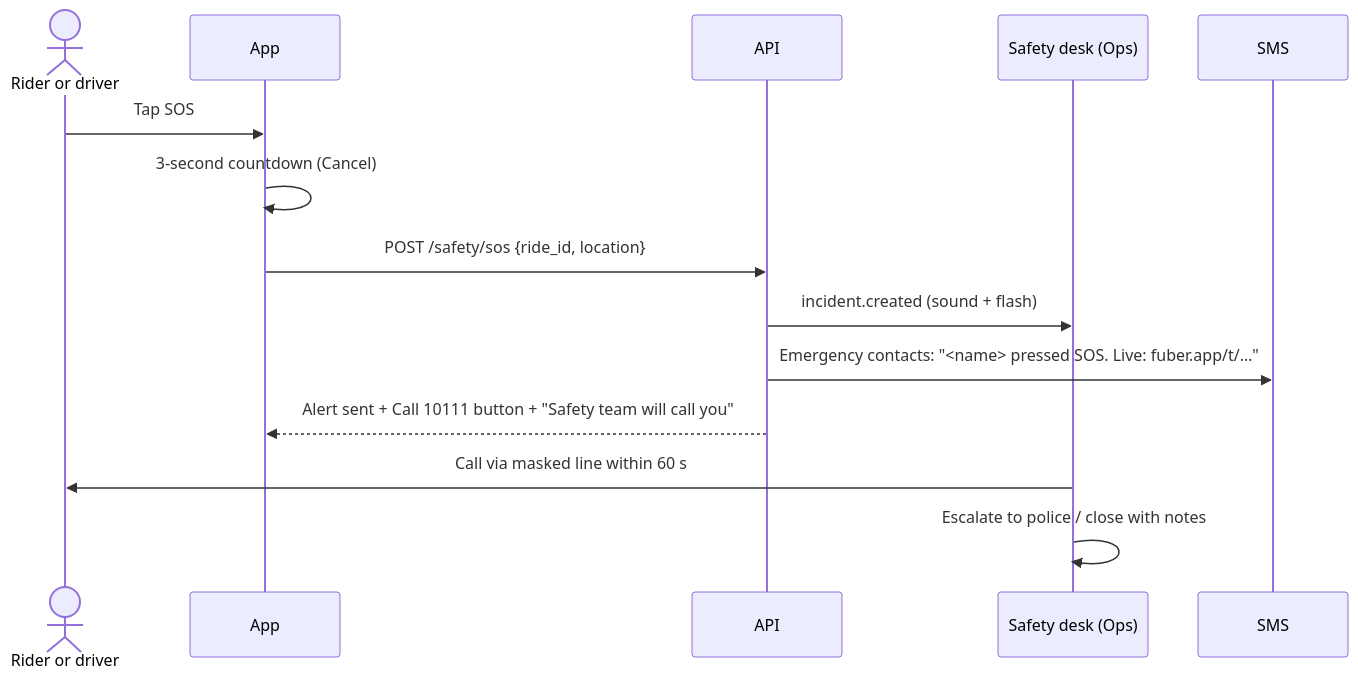
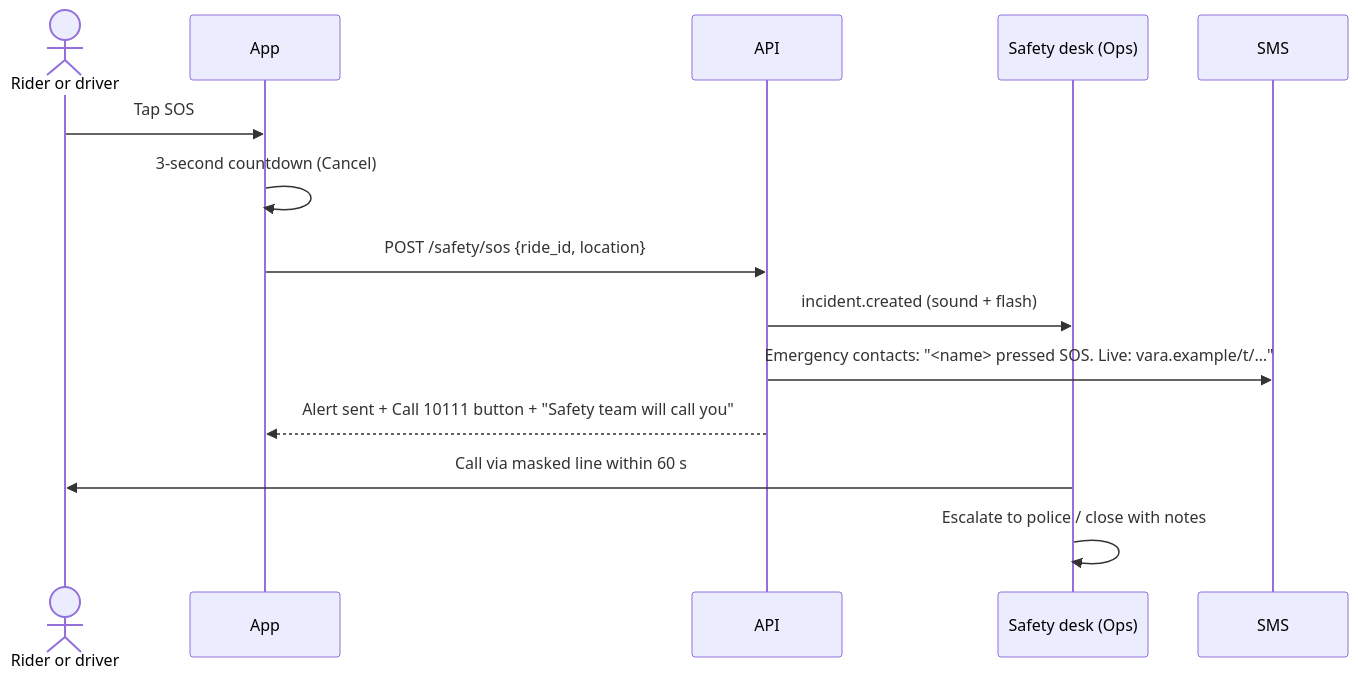
Before and after one commit to Paavo12/VARA: the sixth of 6 diagrams in docs/03-app-flow.md, drawn with Mermaid. The commit also changed other lines of this file and 73 other files, not shown here.

First line of the commit message:
Rename the product from FUber to VARA

````diff
--- a/docs/03-app-flow.md
+++ b/docs/03-app-flow.md
@@ -222,16 +222,16 @@
 ```mermaid
 sequenceDiagram
   actor U as Rider or driver
   participant App
   participant API
   participant Desk as Safety desk (Ops)
   participant SMS
   U->>App: Tap SOS
   App->>App: 3-second countdown (Cancel)
   App->>API: POST /safety/sos {ride_id, location}
   API->>Desk: incident.created (sound + flash)
-  API->>SMS: Emergency contacts: "<name> pressed SOS. Live: fuber.app/t/…"
+  API->>SMS: Emergency contacts: "<name> pressed SOS. Live: vara.example/t/…"
   API-->>App: Alert sent + Call 10111 button + "Safety team will call you"
   Desk->>U: Call via masked line within 60 s
   Desk->>Desk: Escalate to police / close with notes
 ```
````
